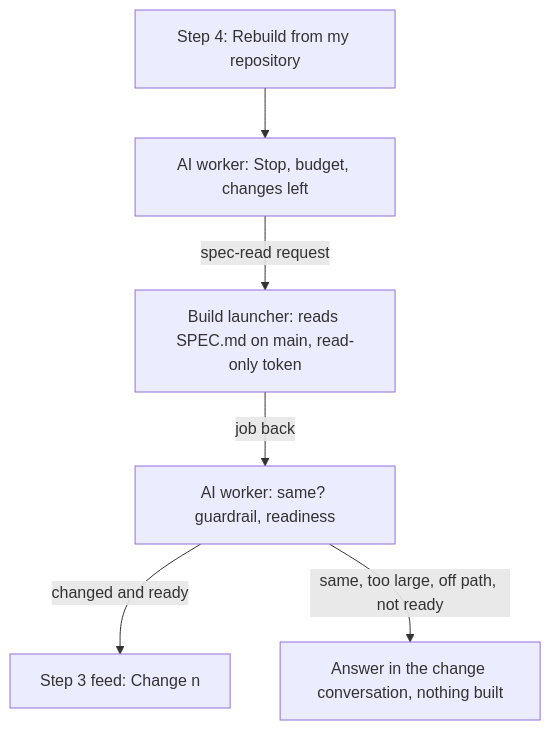
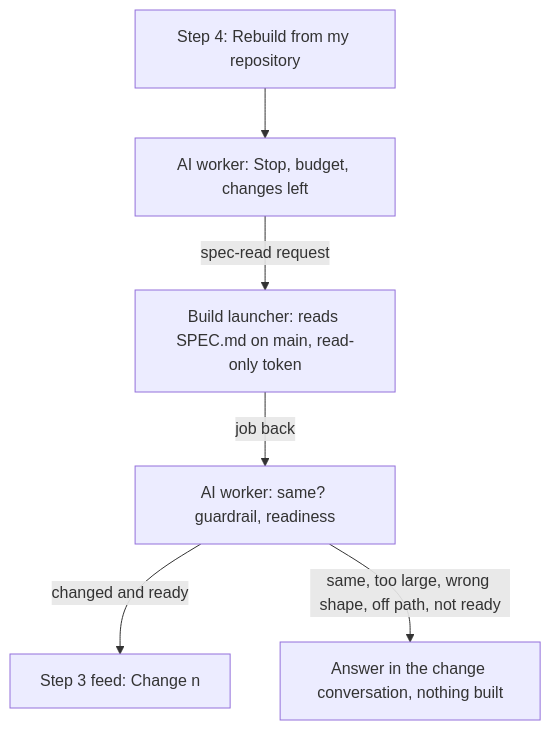
One commit to kifbv/ssd-workshop changed the sixth of 9 diagrams in infra/README.md. Above: the diagram before and after it, drawn with Mermaid. The commit also changed other lines of this file and 17 other files, not shown here.

````diff
--- a/infra/README.md
+++ b/infra/README.md
@@ -679,8 +679,8 @@
 ```mermaid
 flowchart TD
   press[Step 4: Rebuild from my repository] --> worker[AI worker: Stop, budget, changes left]
   worker -->|spec-read request| launcher[Build launcher: reads SPEC.md on main, read-only token]
   launcher -->|job back| worker2[AI worker: same? guardrail, readiness]
   worker2 -->|changed and ready| feed[Step 3 feed: Change n]
-  worker2 -->|same, too large, off path, not ready| reply[Answer in the change conversation, nothing built]
+  worker2 -->|same, too large, wrong shape, off path, not ready| reply[Answer in the change conversation, nothing built]
 ```
````
